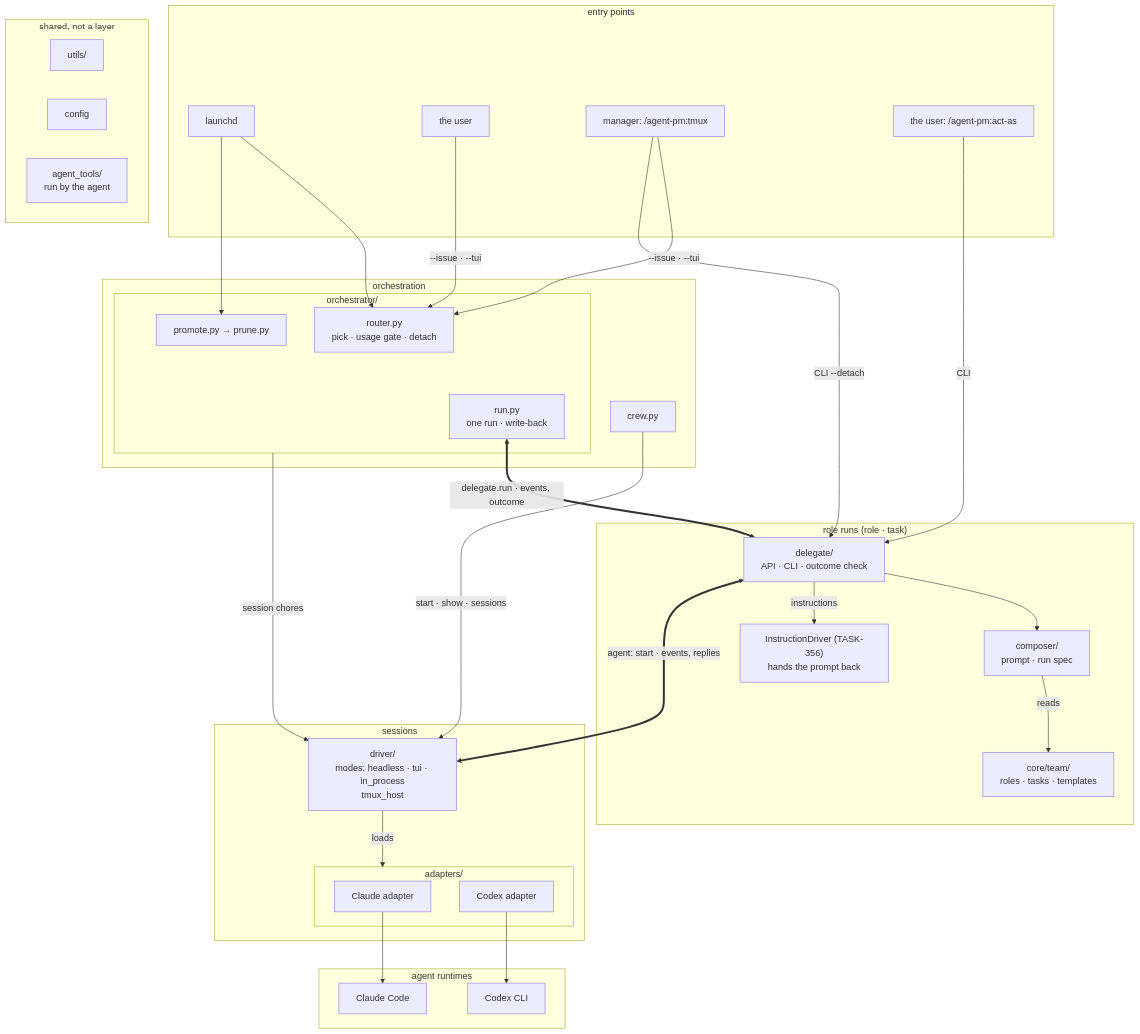
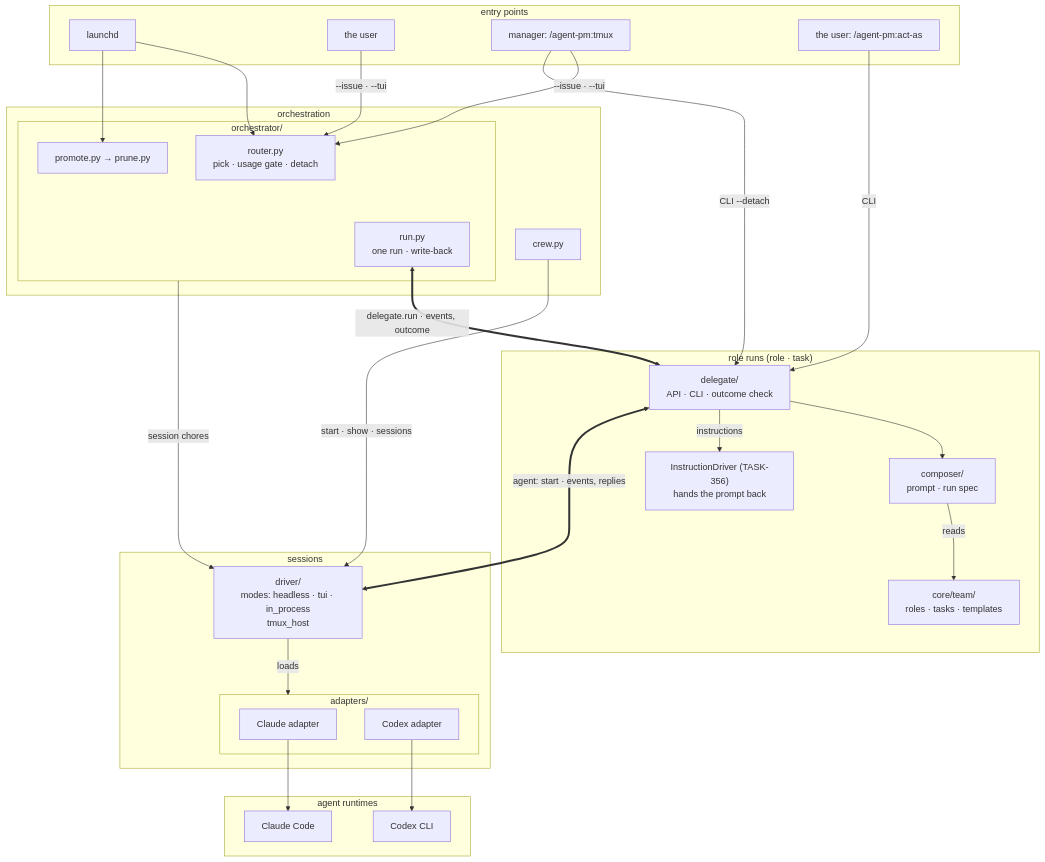
One commit to ophis/agent-pm changed the second of 4 diagrams in README.md. Above: the diagram before and after it, drawn with Mermaid. The commit also changed other lines of this file, not shown here.

Commit message:
README: drop the side box from the architecture diagram
Claude-Session: https://claude.ai/code/session_01DWNTKp8E4ZkndBswMuqLEu

````diff
--- a/README.md
+++ b/README.md
@@ -20,55 +20,50 @@
 ```mermaid
 flowchart TB
   subgraph EN[entry points]
     LD[launchd]
     HU[the user]
     M["manager: /agent-pm:tmux"]
     A["the user: /agent-pm:act-as"]
   end
   subgraph L1[orchestration]
     subgraph OR[orchestrator/]
       R["router.py<br>pick · usage gate · detach"]
       RU["run.py<br>one run · write-back"]
       PP["promote.py → prune.py"]
     end
     W[crew.py]
   end
   subgraph L2["role runs (role · task)"]
     D["delegate/<br>API · CLI · outcome check"]
     C["composer/<br>prompt · run spec"]
     ID["InstructionDriver (TASK-356)<br>hands the prompt back"]
     T["core/team/<br>roles · tasks · templates"]
   end
   subgraph L3[sessions]
     DR["driver/<br>modes: headless · tui · in_process<br>tmux_host"]
     subgraph AD[adapters/]
       CL[Claude adapter]
       CX[Codex adapter]
     end
   end
-  subgraph SH[shared, not a layer]
-    U["utils/"]
-    CFG["config"]
-    AT["agent_tools/<br>run by the agent"]
-  end
   subgraph RT[agent runtimes]
     P1[Claude Code]
     P2[Codex CLI]
   end
   LD --> R & PP
   HU & M -->|"--issue · --tui"| R
   M -->|"CLI --detach"| D
   A -->|CLI| D
   W -->|"start · show · sessions"| DR
   RU <==>|"delegate.run · events, outcome"| D
   OR -->|"session chores"| DR
   D --> C
   C -->|reads| T
   D -->|instructions| ID
   D <==>|"agent: start · events, replies"| DR
   DR -->|loads| AD
   CL --> P1
   CX --> P2
   R ~~~ RU
   C ~~~ DR
 ```
````
